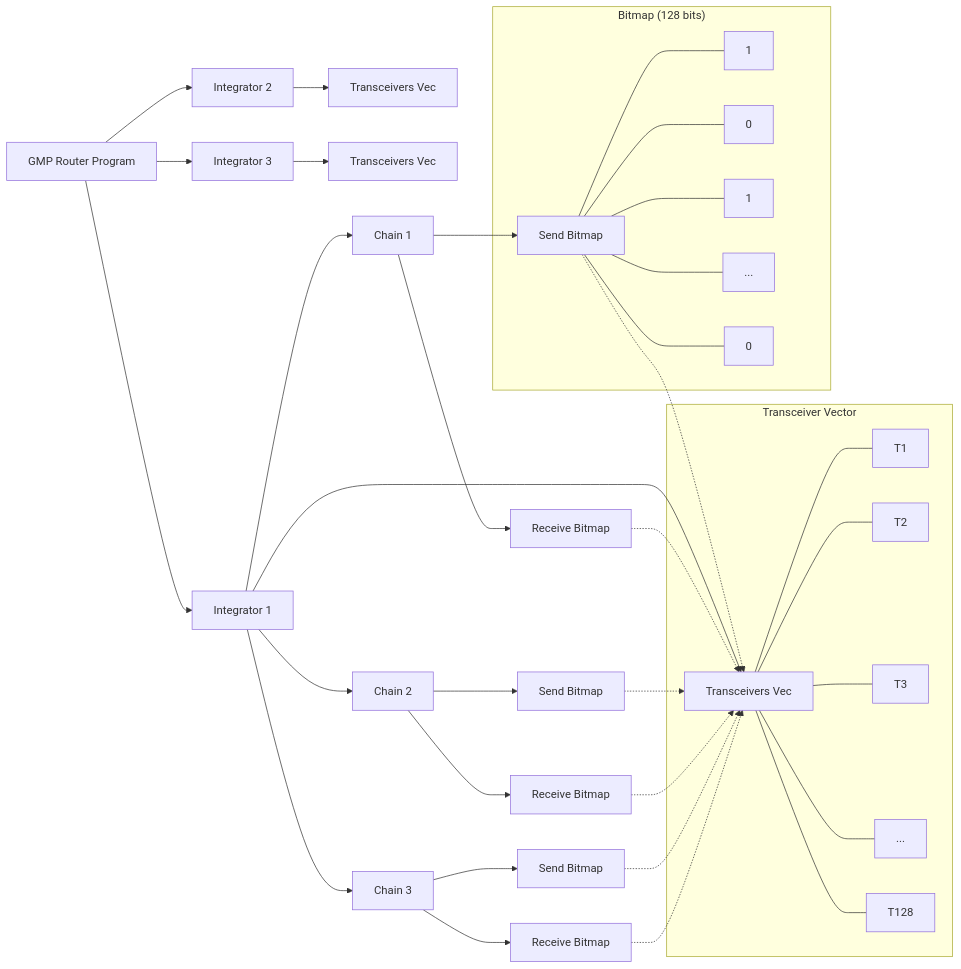
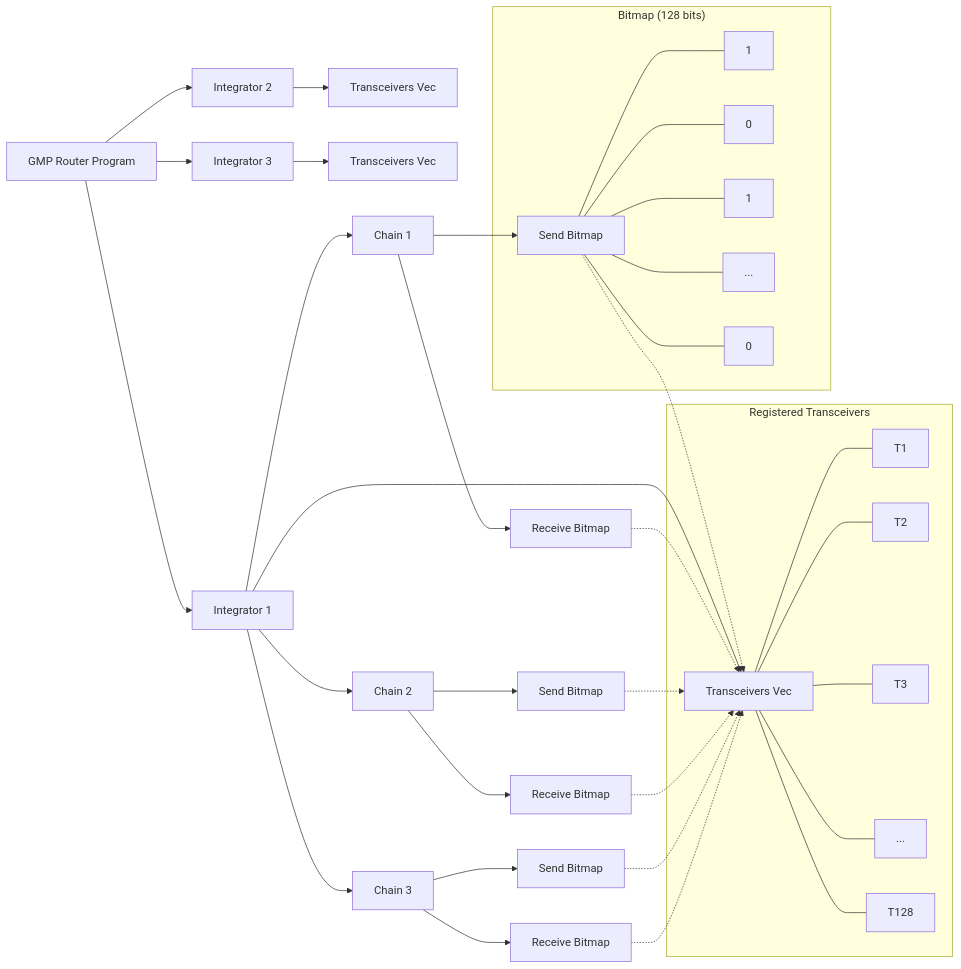
The second of 2 diagrams in svm/programs/router/README.md (wormholelabs-xyz/example-messaging-endpoint), drawn with Mermaid before and after one commit. The commit also changed other lines of this file and 1 other file, not shown here.

````diff
--- a/svm/programs/router/README.md
+++ b/svm/programs/router/README.md
@@ -50,58 +50,58 @@
 ```mermaid
 graph LR
     GMP[GMP Router Program]
     I1[Integrator 1]
     I2[Integrator 2]
     I3[Integrator 3]
     T1[Transceivers Vec]
     T2[Transceivers Vec]
     T3[Transceivers Vec]
     C1[Chain 1]
     C2[Chain 2]
     C3[Chain 3]
     SB1[Send Bitmap]
     RB1[Receive Bitmap]
     SB2[Send Bitmap]
     RB2[Receive Bitmap]
     SB3[Send Bitmap]
     RB3[Receive Bitmap]
 
     GMP --> I1
     GMP --> I2
     GMP --> I3
     I1 --> T1
     I2 --> T2
     I3 --> T3
     I1 --> C1
     I1 --> C2
     I1 --> C3
     C1 --> SB1
     C1 --> RB1
     C2 --> SB2
     C2 --> RB2
     C3 --> SB3
     C3 --> RB3
 
-    subgraph "Transceiver Vector"
+    subgraph "Registered Transceivers"
     T1 --- TV1[T1]
     T1 --- TV2[T2]
     T1 --- TV3[T3]
     T1 --- TV4[...]
     T1 --- TV128[T128]
     end
 
     subgraph "Bitmap (128 bits)"
     SB1 --- B1[1]
     SB1 --- B2[0]
     SB1 --- B3[1]
     SB1 --- B4[...]
     SB1 --- B128[0]
     end
 
     SB1 -.-> T1
     RB1 -.-> T1
     SB2 -.-> T1
     RB2 -.-> T1
     SB3 -.-> T1
     RB3 -.-> T1
 ```
````
